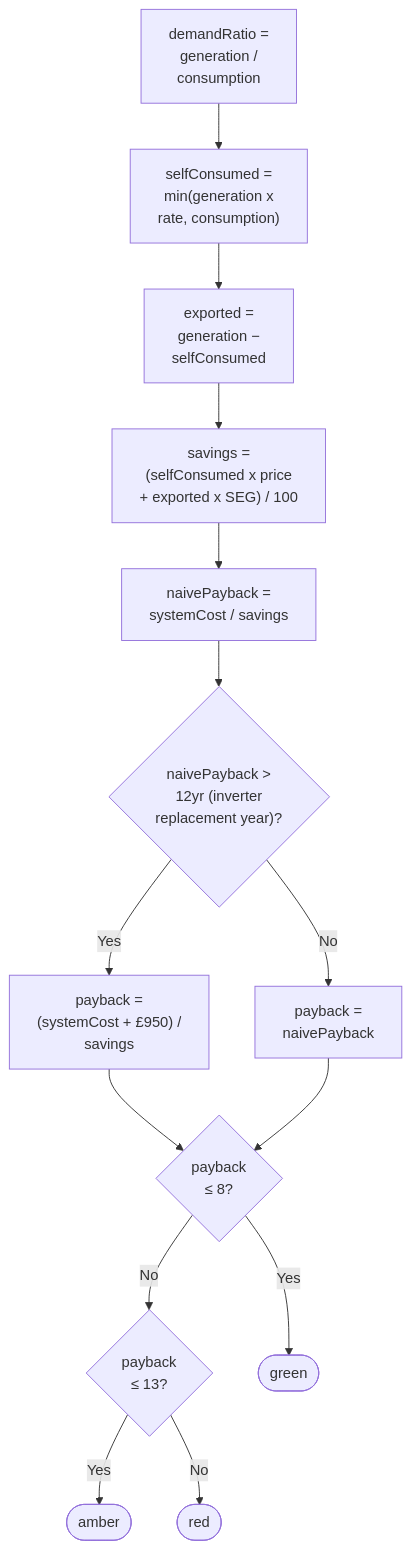
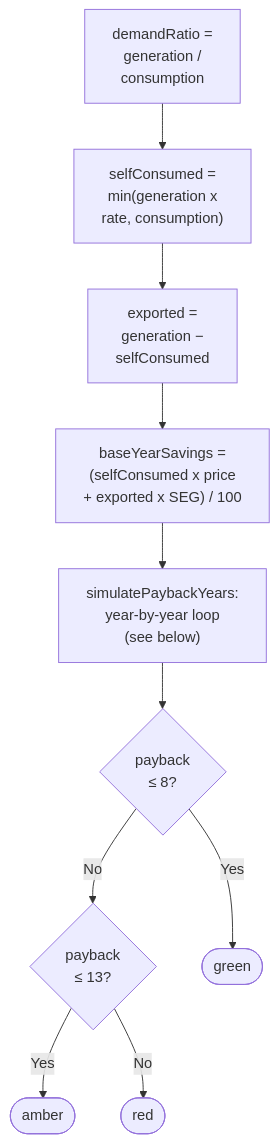
The seventh of 8 diagrams in projects/sunnysideup/docs/calculation-logic.md (spallavi-stack/shubha-pm-portfolio), drawn with Mermaid before and after one commit. The commit also changed other lines of this file and 5 other files, not shown here.

````diff
--- a/projects/sunnysideup/docs/calculation-logic.md
+++ b/projects/sunnysideup/docs/calculation-logic.md
@@ -369,30 +369,23 @@
 ```mermaid
 flowchart TD
   F0["demandRatio =<br/>generation /<br/>consumption"]
   F1["selfConsumed =<br/>min(generation x<br/>rate, consumption)"]
   F2["exported =<br/>generation −<br/>selfConsumed"]
-  F3["savings =<br/>(selfConsumed x price<br/>+ exported x SEG) / 100"]
-  F4["naivePayback =<br/>systemCost / savings"]
-  F4b{"naivePayback ><br/>12yr (inverter<br/>replacement year)?"}
-  F4c["payback =<br/>(systemCost + £950) /<br/>savings"]
-  F4d["payback =<br/>naivePayback"]
+  F3["baseYearSavings =<br/>(selfConsumed x price<br/>+ exported x SEG) / 100"]
+  SIM["simulatePaybackYears:<br/>year-by-year loop<br/>(see below)"]
   F5{"payback<br/>≤ 8?"}
   F6{"payback<br/>≤ 13?"}
   Green(["green"])
   Amber(["amber"])
   Red(["red"])
 
   F0 --> F1
   F1 --> F2
   F2 --> F3
-  F3 --> F4
-  F4 --> F4b
-  F4b -->|Yes| F4c
-  F4b -->|No| F4d
-  F4c --> F5
-  F4d --> F5
+  F3 --> SIM
+  SIM --> F5
   F5 -->|Yes| Green
   F5 -->|No| F6
   F6 -->|Yes| Amber
   F6 -->|No| Red
 ```
````
